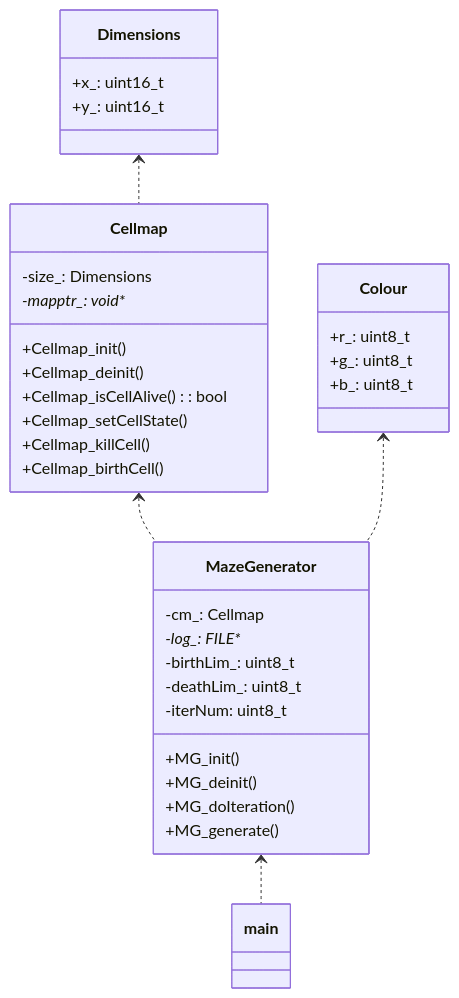
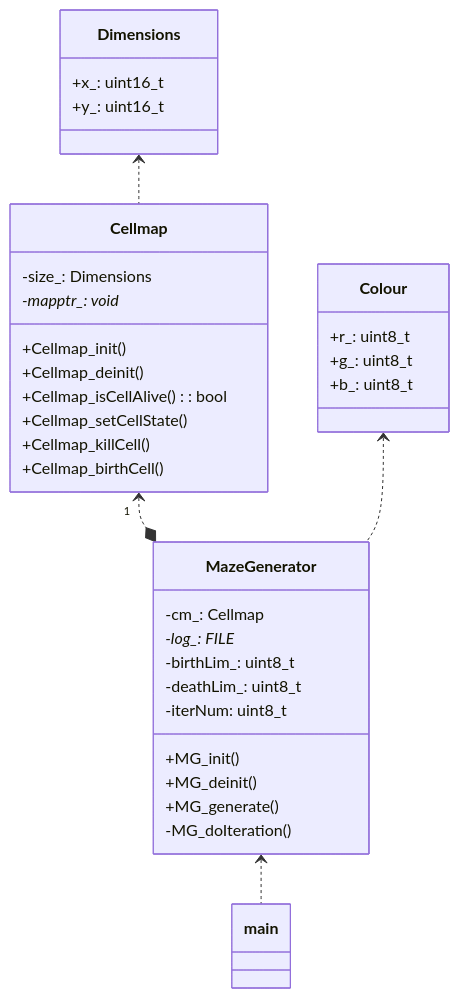
One commit to mbkoz/kozlov-mihail-otus changed the first of 3 diagrams in operational-systems/maze/README.md. Above: the diagram before and after it, drawn with Mermaid. The commit also changed other lines of this file, not shown here.

````diff
--- a/operational-systems/maze/README.md
+++ b/operational-systems/maze/README.md
@@ -75,37 +60,37 @@
 ```mermaid
 classDiagram
-      MazeGenerator <.. main
-      Cellmap <.. MazeGenerator
-      Colour <..MazeGenerator
-      Dimensions <..Cellmap
-      class Cellmap{
-          -size_: Dimensions
-          -mapptr_: void**
-          +Cellmap_init()
-          +Cellmap_deinit()
-          +Cellmap_isCellAlive(): bool
-          +Cellmap_setCellState()
-          +Cellmap_killCell()
-          +Cellmap_birthCell()
-      }
-      class MazeGenerator{
-          -cm_: Cellmap
-          -log_: FILE**
-          -birthLim_: uint8_t
-          -deathLim_: uint8_t
-          -iterNum: uint8_t
-          +MG_init()
-          +MG_deinit()
-          +MG_doIteration()
-          +MG_generate()
-      }
-      class Colour{
-        +r_: uint8_t
-        +g_: uint8_t
-        +b_: uint8_t
-      }
-      class Dimensions{
-        +x_: uint16_t
-        +y_: uint16_t
-      }
+    MazeGenerator <.. main
+    Cellmap "1" <..*  MazeGenerator
+    Colour <.. MazeGenerator
+    Dimensions <.. Cellmap
+    class Cellmap{
+        -size_: Dimensions
+        -mapptr_: void*
+        +Cellmap_init()
+        +Cellmap_deinit()
+        +Cellmap_isCellAlive(): bool
+        +Cellmap_setCellState()
+        +Cellmap_killCell()
+        +Cellmap_birthCell()
+    }
+    class MazeGenerator{
+        -cm_: Cellmap
+        -log_: FILE*
+        -birthLim_: uint8_t
+        -deathLim_: uint8_t
+        -iterNum: uint8_t
+        +MG_init()
+        +MG_deinit()
+        +MG_generate()
+        -MG_doIteration()
+    }
+    class Colour{
+      +r_: uint8_t
+      +g_: uint8_t
+      +b_: uint8_t
+    }
+    class Dimensions{
+      +x_: uint16_t
+      +y_: uint16_t
+    }
 ```
````
